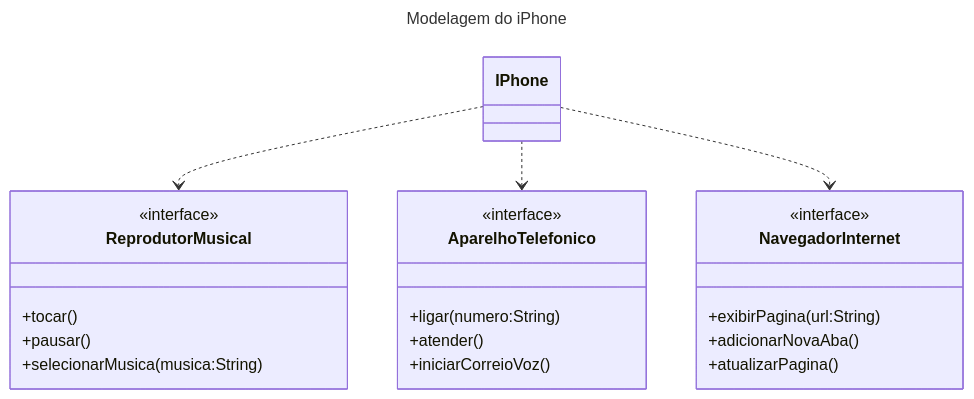
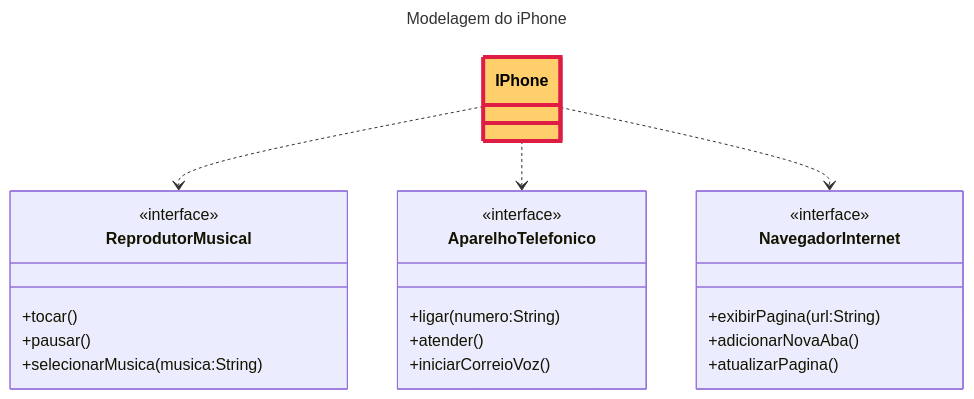
One commit to marcobz-bzz/dio-trilha-java-basico changed the diagram in desafios/poo/README.md. Above: the diagram before and after it, drawn with Mermaid. The commit also changed other lines of this file and 5 other files, not shown here.

````diff
--- a/desafios/poo/README.md
+++ b/desafios/poo/README.md
@@ -12,33 +12,35 @@
 ```mermaid
 ---
 title: Modelagem do iPhone
 ---
 classDiagram
 
 class ReprodutorMusical {
 <<interface>>
 +tocar()
 +pausar()
 +selecionarMusica(musica:String)
 }
 
 class AparelhoTelefonico {
 <<interface>>
 +ligar(numero:String)
 +atender()
 +iniciarCorreioVoz()
 }
 
 class NavegadorInternet {
 <<interface>>
 +exibirPagina(url:String)
 +adicionarNovaAba()
 +atualizarPagina()
 }
 
 class IPhone 
 
 IPhone ..> ReprodutorMusical
 IPhone ..> AparelhoTelefonico
 IPhone ..> NavegadorInternet
+
+style IPhone fill:#FECF6A,stroke:#DF1C44,stroke-width:4px,color:black
 ```
````
